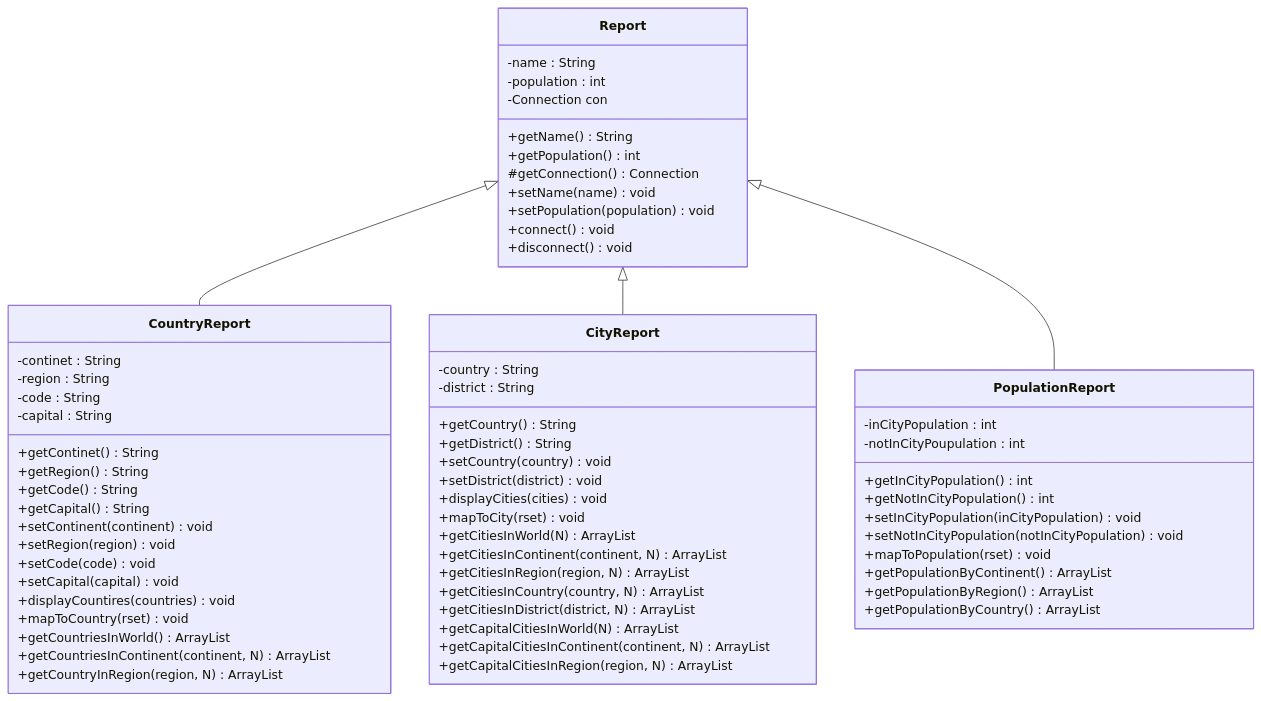
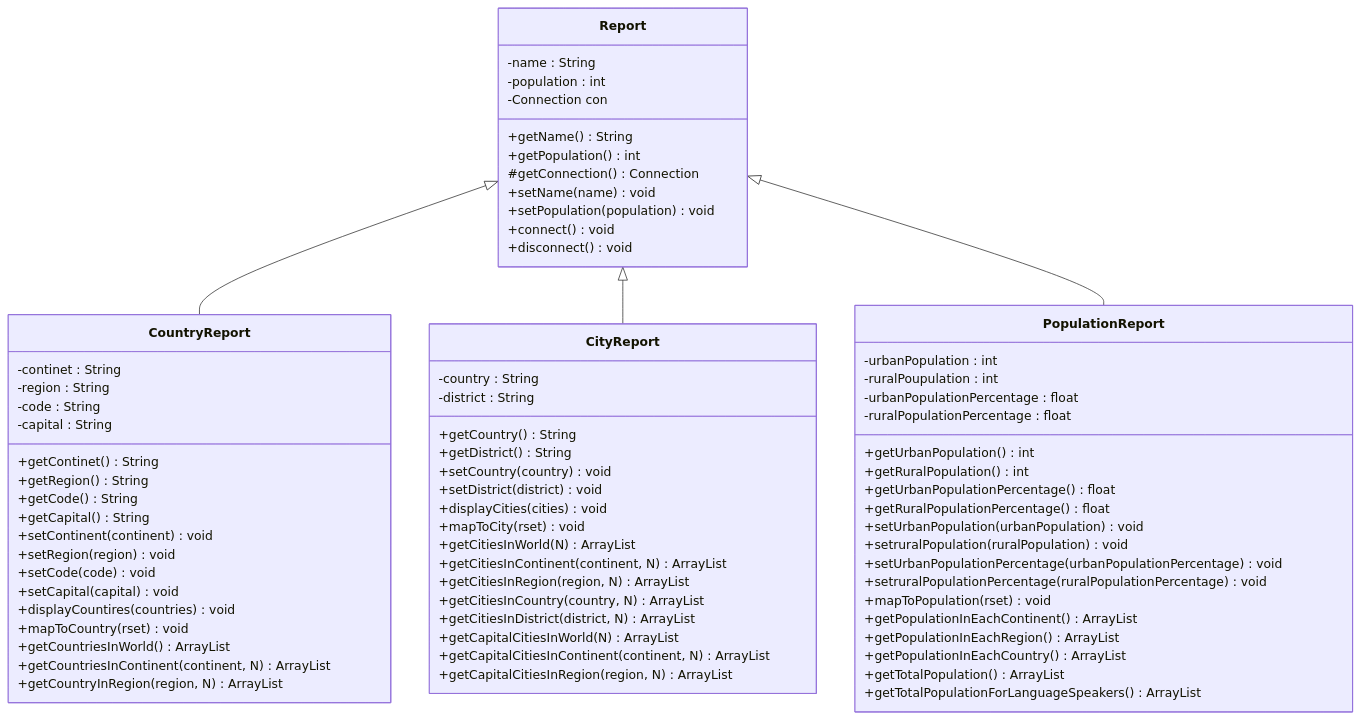
The diagram in diagrams/AppClassDiagram.mermaid (40518402/Group2_DevOps_2024), drawn with Mermaid before and after one commit.

Commit message:
added population report class details for diagram

```diff
--- a/diagrams/AppClassDiagram.mermaid
+++ b/diagrams/AppClassDiagram.mermaid
@@ -1,70 +1,77 @@
 classDiagram
     class Report{
         -name : String
         -population : int
         -Connection con
         +getName() String
         +getPopulation() int
         #getConnection() Connection
         +setName(name) void
         +setPopulation(population) void
         +connect() void
         +disconnect() void
     }
 
     class CountryReport{
         -continet : String
         -region : String
         -code : String
         -capital : String
         +getContinet() String
         +getRegion() String
         +getCode() String
         +getCapital() String
         +setContinent(continent) void
         +setRegion(region) void
         +setCode(code) void
         +setCapital(capital) void
         +displayCountires(countries) void
         +mapToCountry(rset) void
         +getCountriesInWorld() ArrayList
         +getCountriesInContinent(continent, N) ArrayList
         +getCountryInRegion(region, N) ArrayList
     }
 
     class CityReport{
         -country : String
         -district : String
         +getCountry() String
         +getDistrict() String
         +setCountry(country) void
         +setDistrict(district) void
         +displayCities(cities) void
         +mapToCity(rset) void
         +getCitiesInWorld(N) ArrayList
         +getCitiesInContinent(continent, N) ArrayList
         +getCitiesInRegion(region, N) ArrayList
         +getCitiesInCountry(country, N) ArrayList
         +getCitiesInDistrict(district, N) ArrayList
         +getCapitalCitiesInWorld(N) ArrayList
         +getCapitalCitiesInContinent(continent, N) ArrayList
         +getCapitalCitiesInRegion(region, N) ArrayList
     }
 
     class PopulationReport{
-        -inCityPopulation : int
-        -notInCityPoupulation : int
-        +getInCityPopulation() int
-        +getNotInCityPopulation() int
-        +setInCityPopulation(inCityPopulation) void
-        +setNotInCityPopulation(notInCityPopulation) void
+        -urbanPopulation : int
+        -ruralPoupulation : int
+        -urbanPopulationPercentage : float
+        -ruralPopulationPercentage : float
+        +getUrbanPopulation() int
+        +getRuralPopulation() int
+        +getUrbanPopulationPercentage() float
+        +getRuralPopulationPercentage() float
+        +setUrbanPopulation(urbanPopulation) void
+        +setruralPopulation(ruralPopulation) void
+        +setUrbanPopulationPercentage(urbanPopulationPercentage) void
+        +setruralPopulationPercentage(ruralPopulationPercentage) void
         +mapToPopulation(rset) void
-        +getPopulationByContinent() ArrayList
-        +getPopulationByRegion() ArrayList
-        +getPopulationByCountry() ArrayList
-
+        +getPopulationInEachContinent() ArrayList
+        +getPopulationInEachRegion() ArrayList
+        +getPopulationInEachCountry() ArrayList
+        +getTotalPopulation() ArrayList
+        +getTotalPopulationForLanguageSpeakers() ArrayList
     }
 
     Report <|-- CountryReport
     Report <|-- CityReport
     Report <|-- PopulationReport
```
